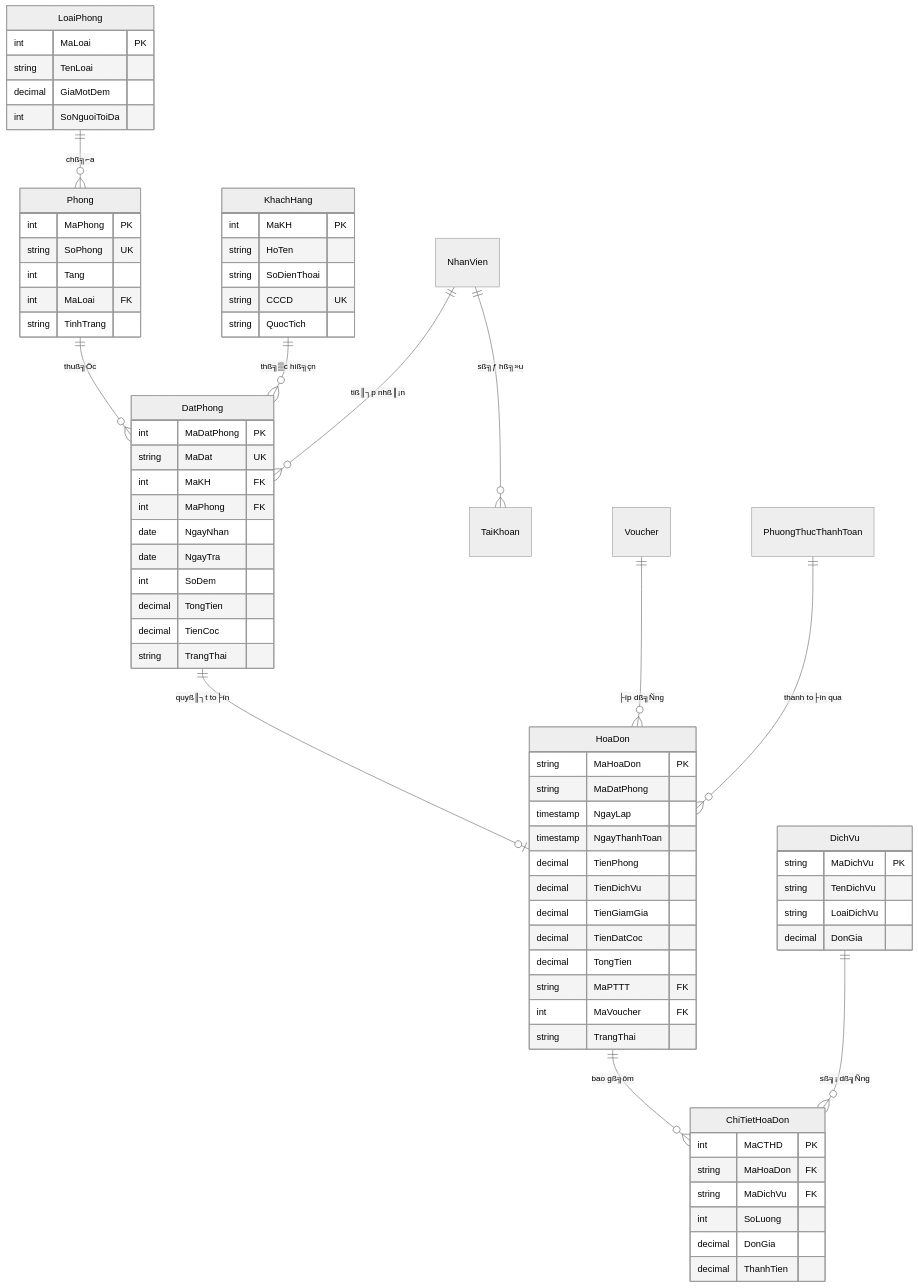
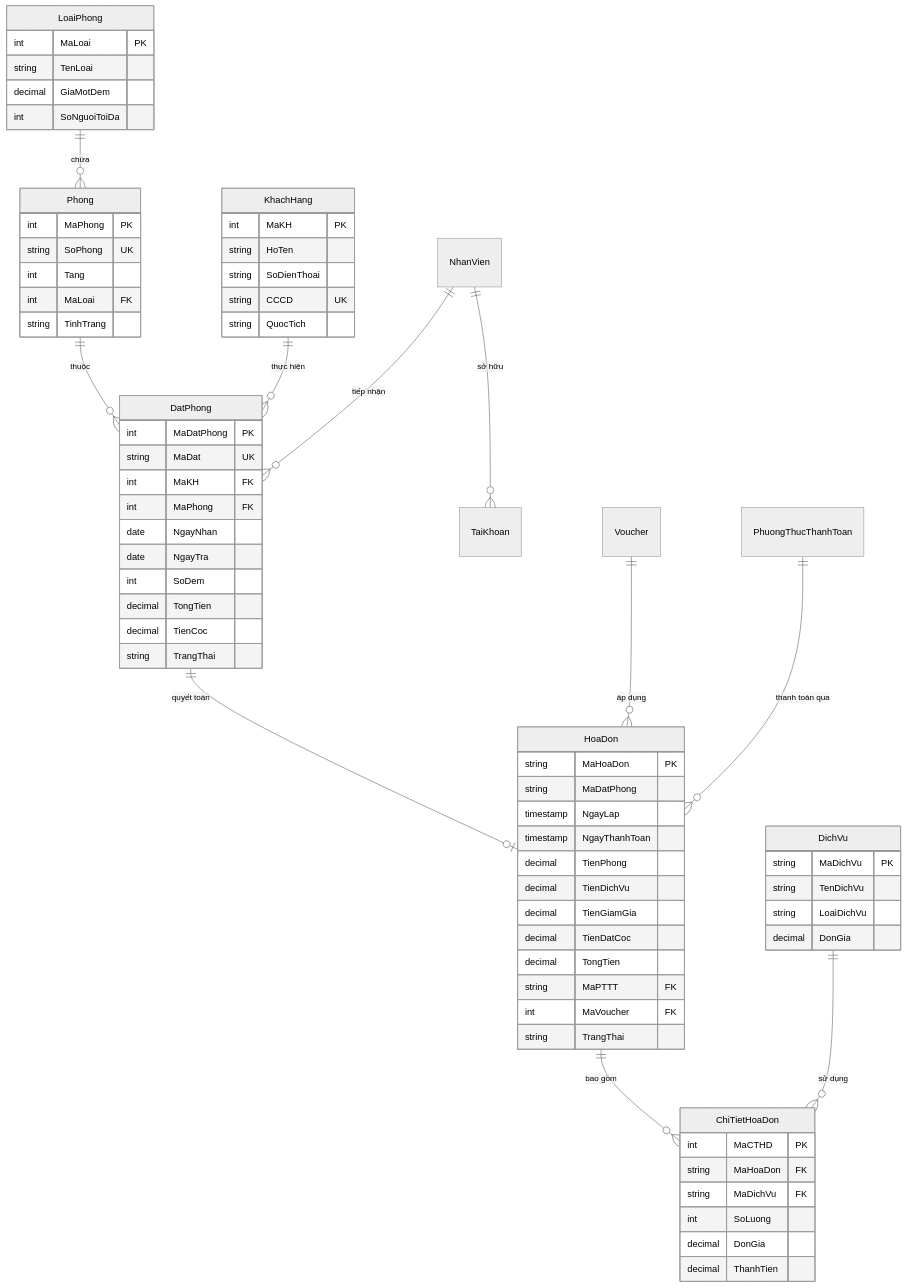
Before and after one commit to TuanMinh685/ChuyenDe1: the diagram in CHUYEN_DE_1_BAO_CAO_CSDL.md, drawn with Mermaid (neutral theme). The commit also changed other lines of this file and 1 other file, not shown here.

Commit message:
Sua loi ma hoa tieng Viet UTF-8 cho bao cao va script SQL Chuyen de 1

````diff
--- a/CHUYEN_DE_1_BAO_CAO_CSDL.md
+++ b/CHUYEN_DE_1_BAO_CAO_CSDL.md
@@ -40,80 +40,80 @@
 ```mermaid
 erDiagram
-    LoaiPhong ||--o{ Phong : "chß╗⌐a"
-    Phong ||--o{ DatPhong : "thuß╗Öc"
-    KhachHang ||--o{ DatPhong : "thß╗▒c hiß╗çn"
-    NhanVien ||--o{ TaiKhoan : "sß╗ƒ hß╗»u"
-    NhanVien ||--o{ DatPhong : "tiß║┐p nhß║¡n"
-    DatPhong ||--o| HoaDon : "quyß║┐t to├ín"
-    Voucher ||--o{ HoaDon : "├íp dß╗Ñng"
-    PhuongThucThanhToan ||--o{ HoaDon : "thanh to├ín qua"
-    HoaDon ||--o{ ChiTietHoaDon : "bao gß╗ôm"
-    DichVu ||--o{ ChiTietHoaDon : "sß╗¡ dß╗Ñng"
+    LoaiPhong ||--o{ Phong : "chứa"
+    Phong ||--o{ DatPhong : "thuộc"
+    KhachHang ||--o{ DatPhong : "thực hiện"
+    NhanVien ||--o{ TaiKhoan : "sở hữu"
+    NhanVien ||--o{ DatPhong : "tiếp nhận"
+    DatPhong ||--o| HoaDon : "quyết toán"
+    Voucher ||--o{ HoaDon : "áp dụng"
+    PhuongThucThanhToan ||--o{ HoaDon : "thanh toán qua"
+    HoaDon ||--o{ ChiTietHoaDon : "bao gồm"
+    DichVu ||--o{ ChiTietHoaDon : "sử dụng"
 
     LoaiPhong {
         int MaLoai PK
         string TenLoai
         decimal GiaMotDem
         int SoNguoiToiDa
     }
 
     Phong {
         int MaPhong PK
         string SoPhong UK
         int Tang
         int MaLoai FK
         string TinhTrang
     }
 
     KhachHang {
         int MaKH PK
         string HoTen
         string SoDienThoai
         string CCCD UK
         string QuocTich
     }
 
     DatPhong {
         int MaDatPhong PK
         string MaDat UK
         int MaKH FK
         int MaPhong FK
         date NgayNhan
         date NgayTra
         int SoDem
         decimal TongTien
         decimal TienCoc
         string TrangThai
     }
 
     HoaDon {
         string MaHoaDon PK
         string MaDatPhong
         timestamp NgayLap
         timestamp NgayThanhToan
         decimal TienPhong
         decimal TienDichVu
         decimal TienGiamGia
         decimal TienDatCoc
         decimal TongTien
         string MaPTTT FK
         int MaVoucher FK
         string TrangThai
     }
 
     ChiTietHoaDon {
         int MaCTHD PK
         string MaHoaDon FK
         string MaDichVu FK
         int SoLuong
         decimal DonGia
         decimal ThanhTien
     }
 
     DichVu {
         string MaDichVu PK
         string TenDichVu
         string LoaiDichVu
         decimal DonGia
     }
 ```
````
